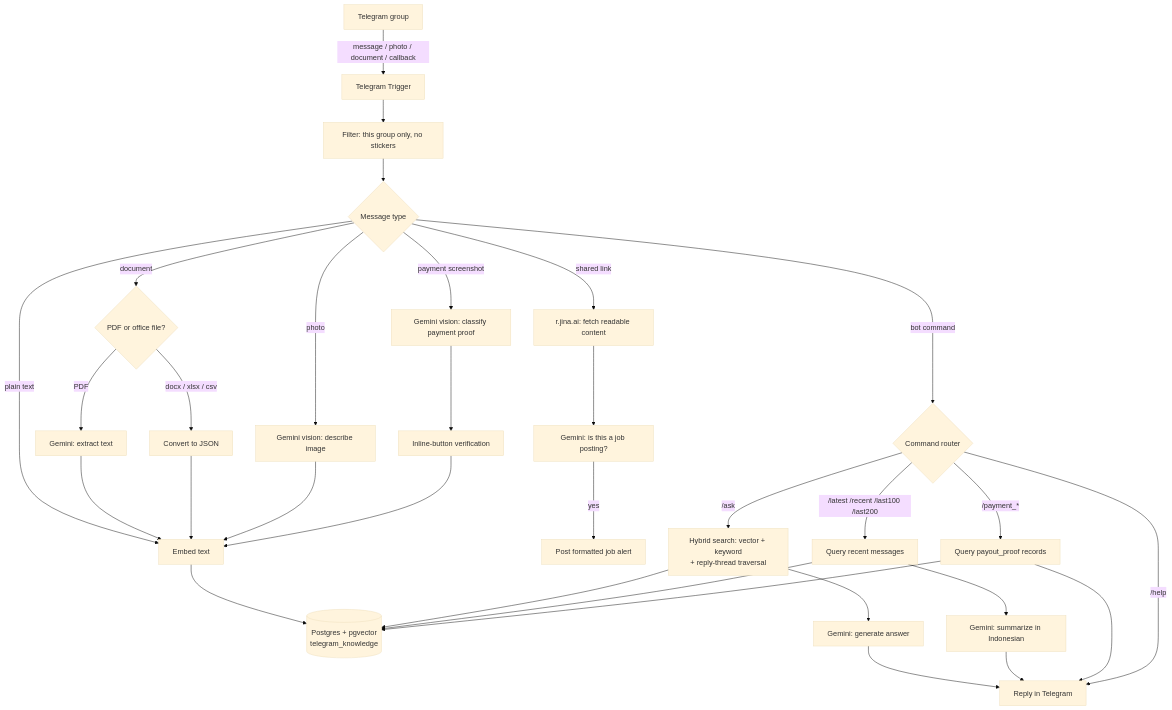
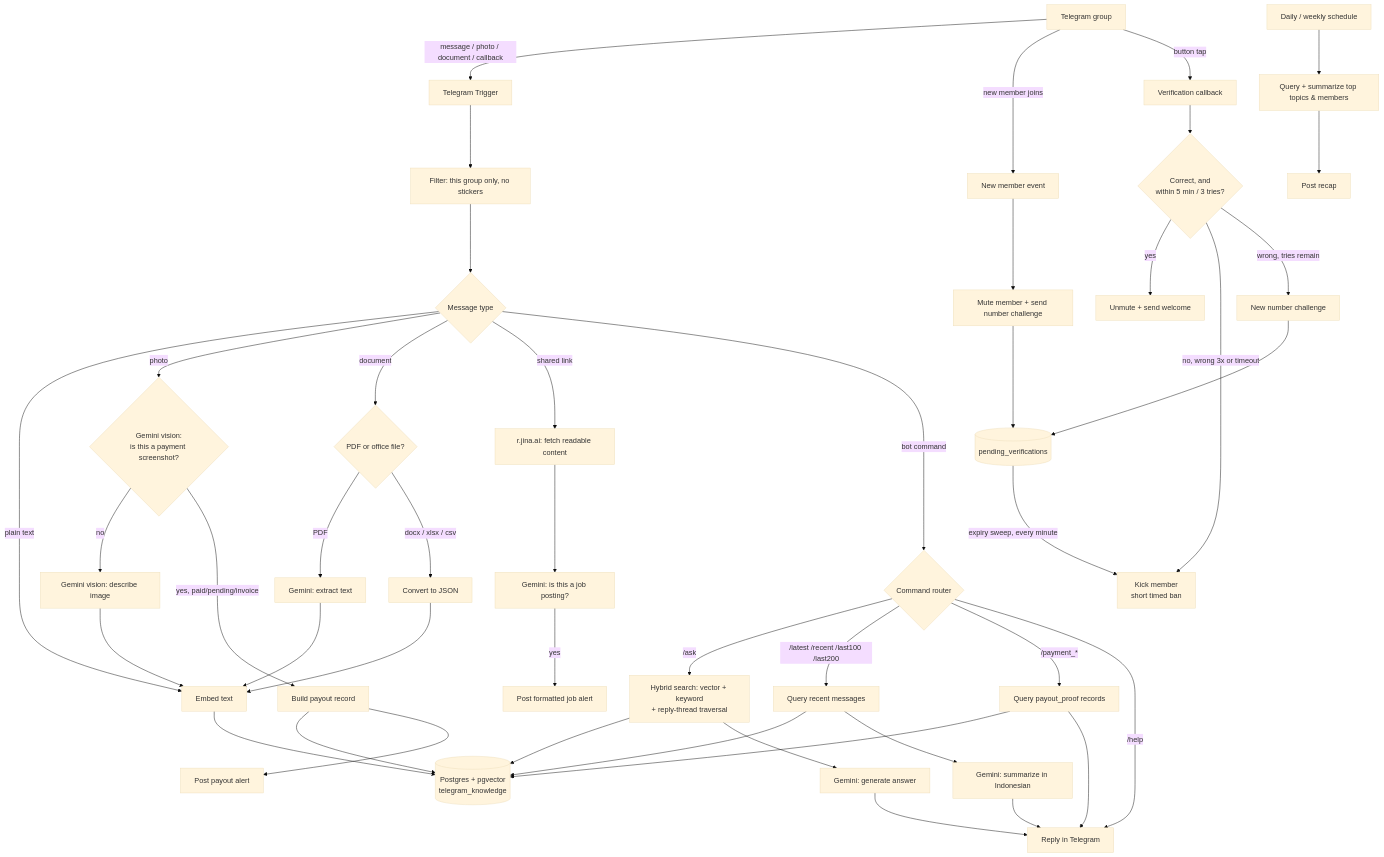
The diagram in README.md (serdadoe/telegram-rag-bot), drawn with Mermaid (base theme) before and after one commit. The commit also changed other lines of this file, not shown here.

````diff
--- a/README.md
+++ b/README.md
@@ -32,41 +34,57 @@
 ```mermaid
 flowchart TD
     TG[Telegram group] -->|message / photo / document / callback| Trigger[Telegram Trigger]
+    TG -->|new member joins| NewMember[New member event]
+
     Trigger --> Filter[Filter: this group only, no stickers]
     Filter --> Route{Message type}
 
     Route -->|plain text| Embed1[Embed text]
-    Route -->|photo| Vision1[Gemini vision: describe image]
+    Route -->|photo| PayCheck{Gemini vision:\nis this a payment screenshot?}
+    PayCheck -->|no| Vision1[Gemini vision: describe image]
+    PayCheck -->|yes, paid/pending/invoice| Verify[Build payout record]
     Route -->|document| DocType{PDF or office file?}
     DocType -->|PDF| Vision2[Gemini: extract text]
     DocType -->|docx / xlsx / csv| Convert[Convert to JSON]
     Vision2 --> Embed1
     Convert --> Embed1
     Vision1 --> Embed1
     Embed1 --> DB[(Postgres + pgvector\ntelegram_knowledge)]
 
+    Verify --> DB
+    Verify --> PayAlert[Post payout alert]
+
     Route -->|shared link| Reader[r.jina.ai: fetch readable content]
     Reader --> JobCheck[Gemini: is this a job posting?]
     JobCheck -->|yes| JobAlert[Post formatted job alert]
-
-    Route -->|payment screenshot| PayVision[Gemini vision: classify payment proof]
-    PayVision --> Verify[Inline-button verification]
-    Verify --> Embed1
 
     Route -->|bot command| Cmd{Command router}
     Cmd -->|/ask| Retrieve[Hybrid search: vector + keyword\n+ reply-thread traversal]
     Retrieve --> DB
     Retrieve --> Answer[Gemini: generate answer]
     Answer --> Reply1[Reply in Telegram]
 
     Cmd -->|/latest /recent /last100 /last200| Fetch[Query recent messages]
     Fetch --> DB
     Fetch --> Summarize[Gemini: summarize in Indonesian]
     Summarize --> Reply1
 
     Cmd -->|/payment_*| PayQuery[Query payout_proof records]
     PayQuery --> DB
     PayQuery --> Reply1
 
     Cmd -->|/help| Reply1
+
+    NewMember --> Mute[Mute member + send number challenge]
+    Mute --> Pending[(pending_verifications)]
+    TG -->|button tap| Callback[Verification callback]
+    Callback --> CheckAnswer{Correct, and\nwithin 5 min / 3 tries?}
+    Pending -->|expiry sweep, every minute| Kick
+    CheckAnswer -->|yes| Unmute[Unmute + send welcome]
+    CheckAnswer -->|no, wrong 3x or timeout| Kick[Kick member\nshort timed ban]
+    CheckAnswer -->|wrong, tries remain| NewChallenge[New number challenge]
+    NewChallenge --> Pending
+
+    Sched[Daily / weekly schedule] --> Digest[Query + summarize top topics & members]
+    Digest --> DigestPost[Post recap]
 ```
````
